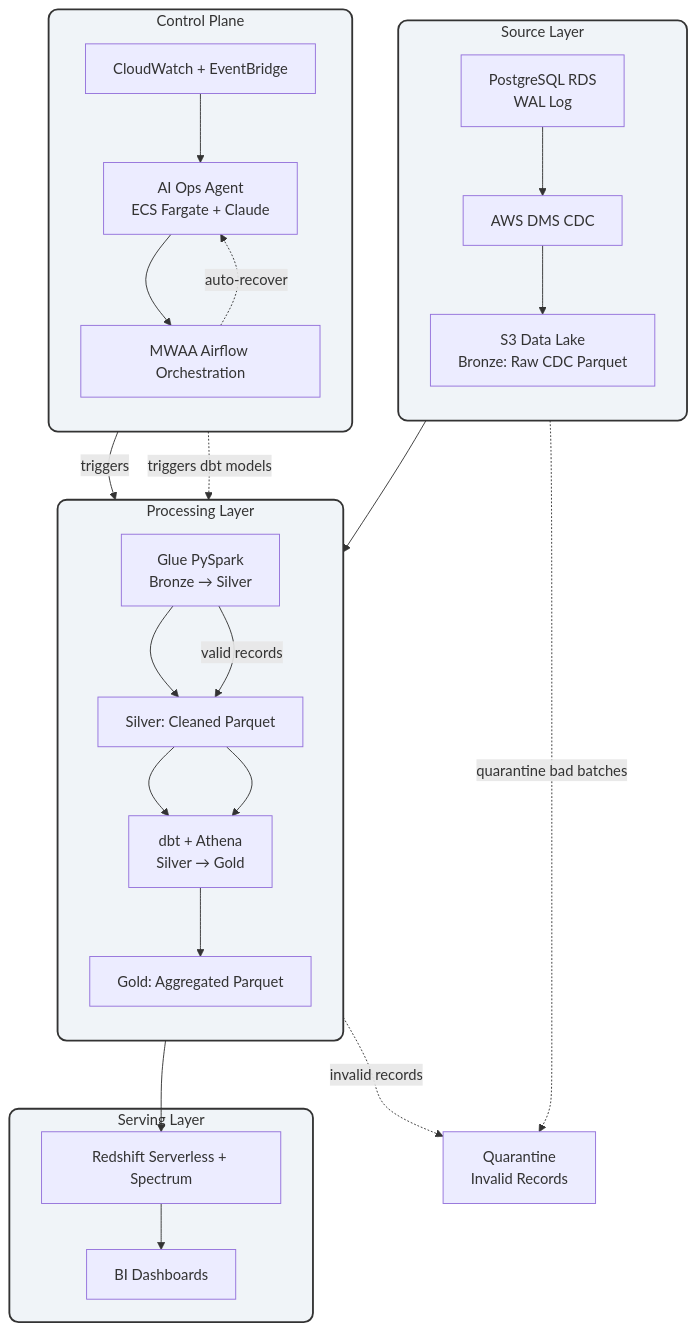
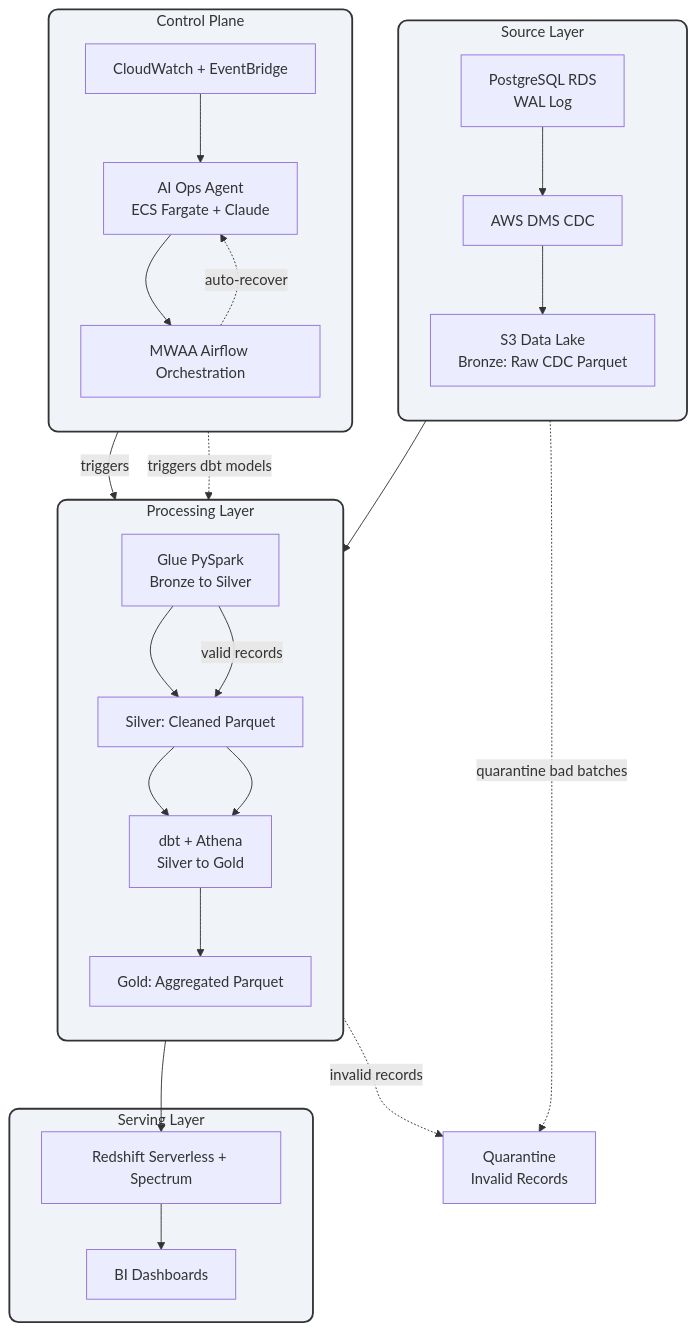
Before and after one commit to ChuquEmeka/ChuquEmeka: the diagram in README.md, drawn with Mermaid. The commit also changed other lines of this file, not shown here.

````diff
--- a/README.md
+++ b/README.md
@@ -29,42 +28,38 @@
 ```mermaid
 flowchart TD
-    %% Layers as subgraphs
     subgraph Source ["Source Layer"]
         direction TB
         Postgres[PostgreSQL RDS\nWAL Log] --> DMS[AWS DMS CDC]
         DMS --> S3Raw[S3 Data Lake\nBronze: Raw CDC Parquet]
     end
 
     subgraph Control ["Control Plane"]
         direction TB
         CW[CloudWatch + EventBridge] --> AI[AI Ops Agent\nECS Fargate + Claude]
         AI --> MWAA[MWAA Airflow Orchestration]
         MWAA -.->|auto-recover| AI
     end
 
     subgraph Processing ["Processing Layer"]
         direction TB
-        Glue[Glue PySpark\nBronze → Silver] --> Silver[Silver: Cleaned Parquet]
-        Silver --> DBT[dbt + Athena\nSilver → Gold]
+        Glue[Glue PySpark\nBronze to Silver] --> Silver[Silver: Cleaned Parquet]
+        Silver --> DBT[dbt + Athena\nSilver to Gold]
         DBT --> Gold[Gold: Aggregated Parquet]
     end
 
     subgraph Serving ["Serving Layer"]
         Redshift[Redshift Serverless + Spectrum] --> BI[BI Dashboards]
     end
 
-    %% Main Data Flow
     S3Raw --> Glue
     MWAA -->|triggers| Glue
     Glue -->|valid records| Silver
     Glue -.->|invalid records| Quarantine[Quarantine\nInvalid Records]
     Silver --> DBT
     Gold --> Redshift
     S3Raw -.->|quarantine bad batches| Quarantine
-
-    %% Orchestration links
     MWAA -.->|triggers dbt models| DBT
 
     classDef layer fill:#f0f4f8,stroke:#333,stroke-width:2px,rx:10,ry:10;
     class Source,Control,Processing,Serving layer;
 ```
````
